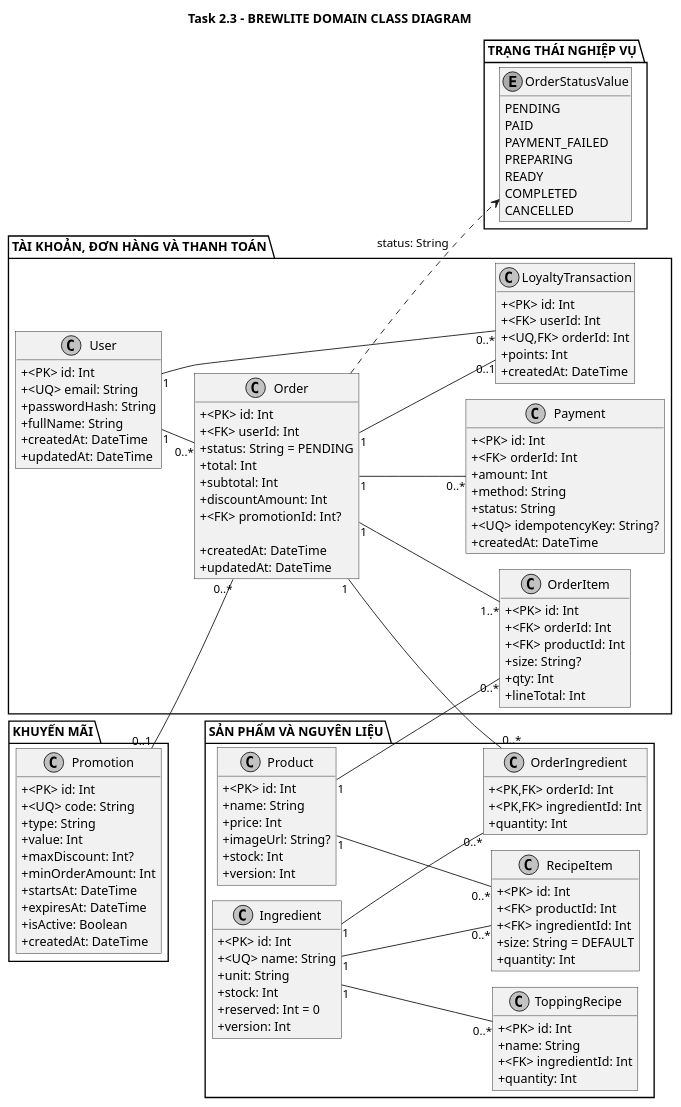
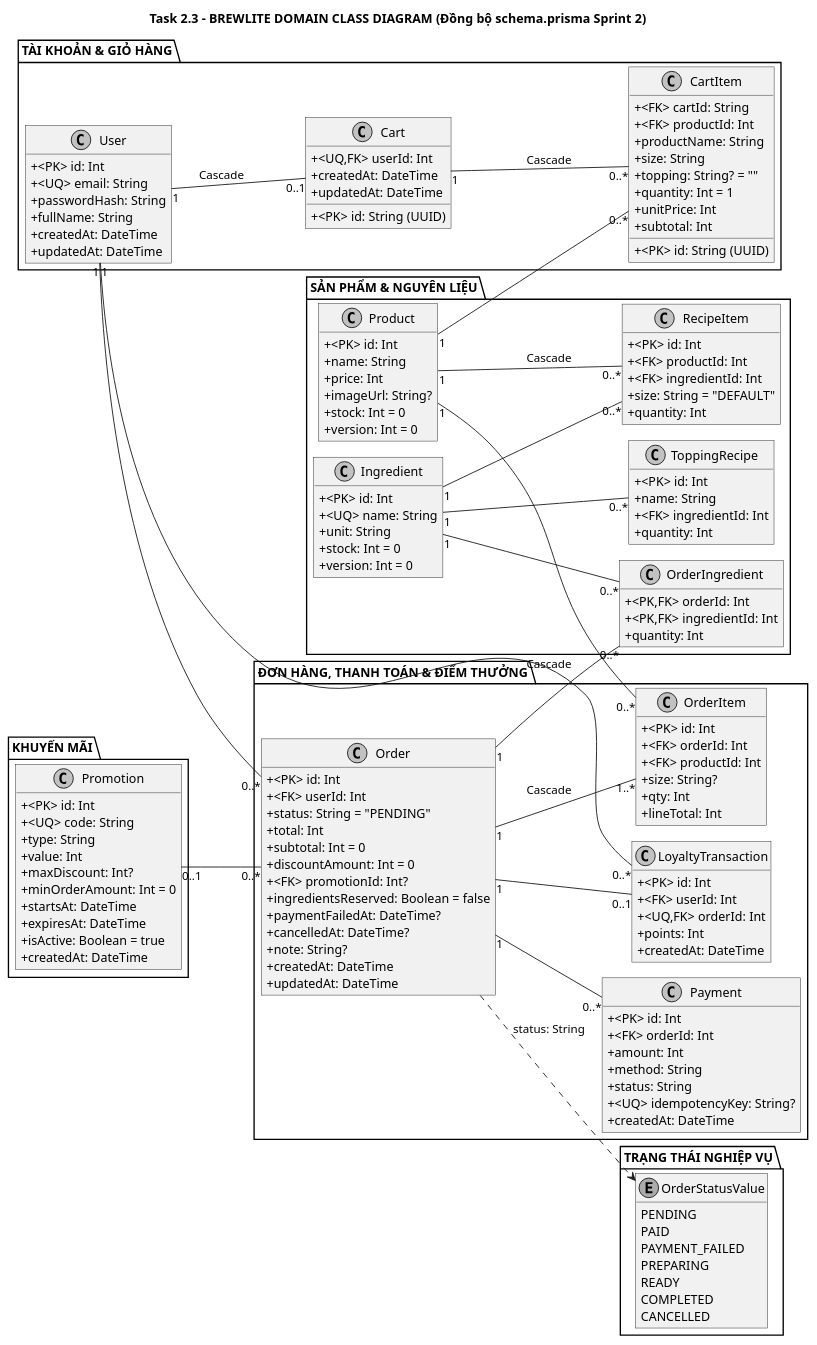
One commit to leduc16102006-jpg/assiment2 changed the diagram in docs/diagrams/class-domain.puml. Above: the diagram before and after it, drawn with PlantUML. The commit also changed 9 other files, not shown here.

Commit message:
fix(web,api,docs): enforce AC-06.7 order verification, clean VNPay controller and sync all UML/C4 diagrams

```diff
--- a/docs/diagrams/class-domain.puml
+++ b/docs/diagrams/class-domain.puml
@@ -1,152 +1,178 @@
 @startuml
 !pragma layout smetana
 left to right direction
 skinparam monochrome true
 skinparam shadowing false
 skinparam backgroundColor white
 skinparam classAttributeIconSize 0
 skinparam roundcorner 0
 skinparam linetype polyline
 skinparam defaultFontName Arial
 skinparam nodesep 40
 skinparam ranksep 60
 hide empty methods
-title Task 2.3 - BREWLITE DOMAIN CLASS DIAGRAM
+title Task 2.3 - BREWLITE DOMAIN CLASS DIAGRAM (Đồng bộ schema.prisma Sprint 2)
 
-package "TÀI KHOẢN, ĐƠN HÀNG VÀ THANH TOÁN" {
+package "TÀI KHOẢN & GIỎ HÀNG" {
   class User {
     + <PK> id: Int
     + <UQ> email: String
     + passwordHash: String
     + fullName: String
     + createdAt: DateTime
     + updatedAt: DateTime
   }
 
+  class Cart {
+    + <PK> id: String (UUID)
+    + <UQ,FK> userId: Int
+    + createdAt: DateTime
+    + updatedAt: DateTime
+  }
+
+  class CartItem {
+    + <PK> id: String (UUID)
+    + <FK> cartId: String
+    + <FK> productId: Int
+    + productName: String
+    + size: String
+    + topping: String? = ""
+    + quantity: Int = 1
+    + unitPrice: Int
+    + subtotal: Int
+  }
+}
+
+package "ĐƠN HÀNG, THANH TOÁN & ĐIỂM THƯỞNG" {
   class Order {
     + <PK> id: Int
     + <FK> userId: Int
-    + status: String = PENDING
+    + status: String = "PENDING"
     + total: Int
-    + subtotal: Int
-    + discountAmount: Int
+    + subtotal: Int = 0
+    + discountAmount: Int = 0
     + <FK> promotionId: Int?
-    
+    + ingredientsReserved: Boolean = false
+    + paymentFailedAt: DateTime?
+    + cancelledAt: DateTime?
+    + note: String?
     + createdAt: DateTime
     + updatedAt: DateTime
   }
 
   class OrderItem {
     + <PK> id: Int
     + <FK> orderId: Int
     + <FK> productId: Int
     + size: String?
     + qty: Int
     + lineTotal: Int
   }
 
   class Payment {
     + <PK> id: Int
     + <FK> orderId: Int
     + amount: Int
     + method: String
     + status: String
     + <UQ> idempotencyKey: String?
     + createdAt: DateTime
   }
 
   class LoyaltyTransaction {
     + <PK> id: Int
     + <FK> userId: Int
     + <UQ,FK> orderId: Int
     + points: Int
     + createdAt: DateTime
   }
-
 }
 
-package "SẢN PHẨM VÀ NGUYÊN LIỆU" {
+package "SẢN PHẨM & NGUYÊN LIỆU" {
   class Product {
     + <PK> id: Int
     + name: String
     + price: Int
     + imageUrl: String?
-    + stock: Int
-    + version: Int
+    + stock: Int = 0
+    + version: Int = 0
   }
 
   class Ingredient {
     + <PK> id: Int
     + <UQ> name: String
     + unit: String
-    + stock: Int
-    + reserved: Int = 0
-    + version: Int
+    + stock: Int = 0
+    + version: Int = 0
   }
 
   class RecipeItem {
     + <PK> id: Int
     + <FK> productId: Int
     + <FK> ingredientId: Int
-    + size: String = DEFAULT
+    + size: String = "DEFAULT"
     + quantity: Int
   }
 
   class ToppingRecipe {
     + <PK> id: Int
     + name: String
     + <FK> ingredientId: Int
     + quantity: Int
   }
 
   class OrderIngredient {
     + <PK,FK> orderId: Int
     + <PK,FK> ingredientId: Int
     + quantity: Int
   }
-
 }
 
 package "KHUYẾN MÃI" {
   class Promotion {
     + <PK> id: Int
     + <UQ> code: String
     + type: String
     + value: Int
     + maxDiscount: Int?
-    + minOrderAmount: Int
+    + minOrderAmount: Int = 0
     + startsAt: DateTime
     + expiresAt: DateTime
-    + isActive: Boolean
+    + isActive: Boolean = true
     + createdAt: DateTime
   }
-
 }
 
 package "TRẠNG THÁI NGHIỆP VỤ" {
- enum OrderStatusValue {
-   PENDING
-   PAID
-   PAYMENT_FAILED
-   PREPARING
-   READY
-   COMPLETED
-   CANCELLED
- }
+  enum OrderStatusValue {
+    PENDING
+    PAID
+    PAYMENT_FAILED
+    PREPARING
+    READY
+    COMPLETED
+    CANCELLED
+  }
 }
+
 Order ..> OrderStatusValue : "status: String"
+
+User "1" -- "0..1" Cart : "Cascade"
+Cart "1" -- "0..*" CartItem : "Cascade"
+Product "1" -- "0..*" CartItem
 
 User "1" -- "0..*" Order
 User "1" -- "0..*" LoyaltyTransaction
-Order "1" -- "1..*" OrderItem
+Order "1" -- "1..*" OrderItem : "Cascade"
 Order "1" -- "0..*" Payment
 Product "1" -- "0..*" OrderItem
 Promotion "0..1" -- "0..*" Order
 Order "1" -- "0..1" LoyaltyTransaction
-Product "1" -- "0..*" RecipeItem
+
+Product "1" -- "0..*" RecipeItem : "Cascade"
 Ingredient "1" -- "0..*" RecipeItem
 Ingredient "1" -- "0..*" ToppingRecipe
-Order "1" -- "0..*" OrderIngredient
+Order "1" -- "0..*" OrderIngredient : "Cascade"
 Ingredient "1" -- "0..*" OrderIngredient
 
 @enduml
```
